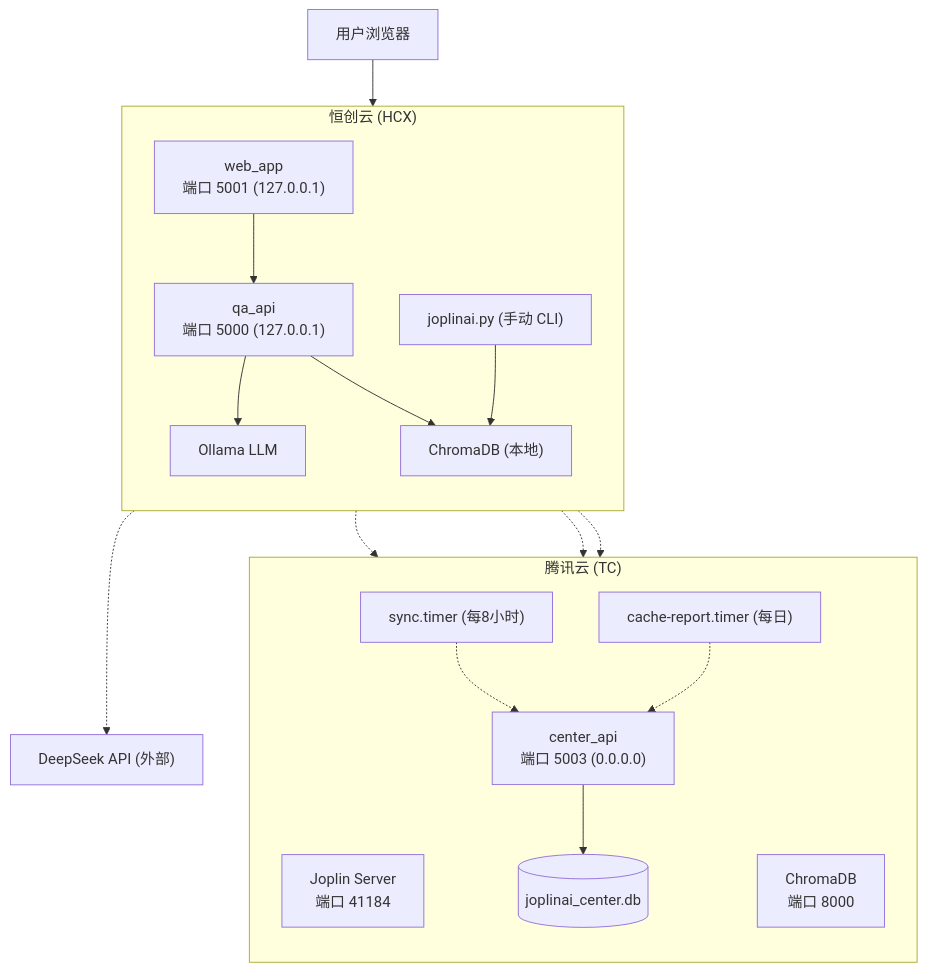
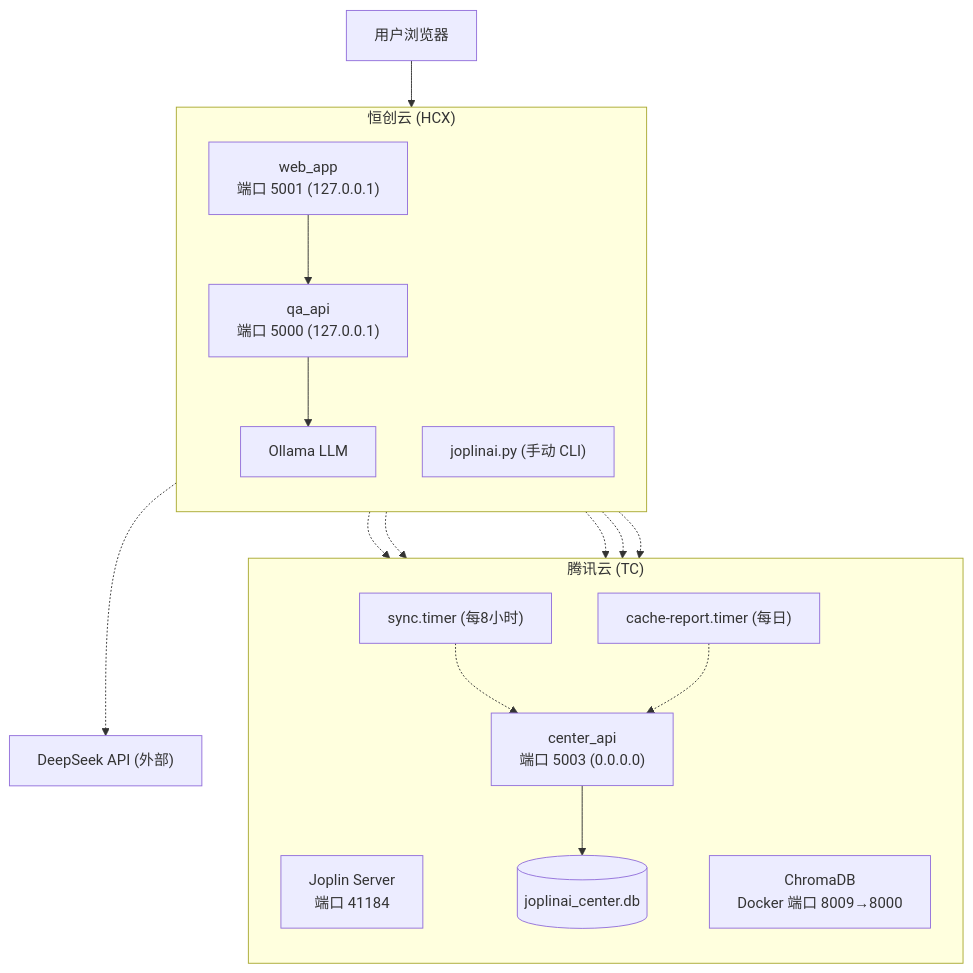
One commit to heart5/joplinai changed the first of 10 diagrams in docs/TECHNICAL_MANUAL.md. Above: the diagram before and after it, drawn with Mermaid. The commit also changed other lines of this file, not shown here.

Commit message:
fix: 技术手册修正 ChromaDB 部署位置 — 在腾讯云非恒创云

````diff
--- a/docs/TECHNICAL_MANUAL.md
+++ b/docs/TECHNICAL_MANUAL.md
@@ -9,39 +9,38 @@
 ```mermaid
 flowchart TB
     subgraph TC["腾讯云 (TC)"]
         direction TB
         TC_JOPLIN["Joplin Server<br/>端口 41184"]
-        TC_CHROMA["ChromaDB<br/>端口 8000"]
+        TC_CHROMA["ChromaDB<br/>Docker 端口 8009→8000"]
         TC_CENTER["center_api<br/>端口 5003 (0.0.0.0)"]
         TC_SQLITE[("joplinai_center.db")]
         TC_TIMER_SYNC["sync.timer (每8小时)"]
         TC_TIMER_REPORT["cache-report.timer (每日)"]
 
         TC_CENTER --> TC_SQLITE
         TC_TIMER_SYNC -.-> TC_CENTER
         TC_TIMER_REPORT -.-> TC_CENTER
     end
 
     subgraph HCX["恒创云 (HCX)"]
         direction TB
         HCX_OLLAMA["Ollama LLM"]
         HCX_QA["qa_api<br/>端口 5000 (127.0.0.1)"]
         HCX_WEB["web_app<br/>端口 5001 (127.0.0.1)"]
-        HCX_CHROMA_LOCAL["ChromaDB (本地)"]
         HCX_CLI["joplinai.py (手动 CLI)"]
 
         HCX_QA --> HCX_OLLAMA
-        HCX_QA --> HCX_CHROMA_LOCAL
         HCX_WEB --> HCX_QA
     end
 
     DEEPSEEK["DeepSeek API (外部)"]
     USERS["用户浏览器"]
 
     USERS --> HCX_WEB
     HCX_QA -.-> TC_CENTER
+    HCX_QA -.-> TC_CHROMA
     HCX_WEB -.-> TC_CENTER
-    HCX_CLI --> HCX_CHROMA_LOCAL
+    HCX_CLI -.-> TC_CHROMA
     HCX_CLI -.-> DEEPSEEK
     HCX_CLI -.-> TC_CENTER
 ```
````
